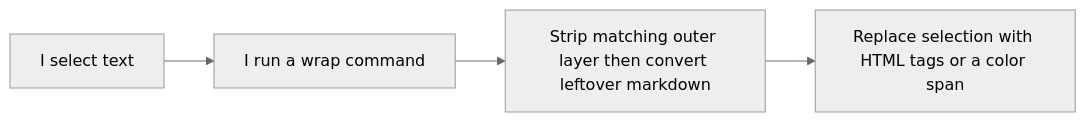
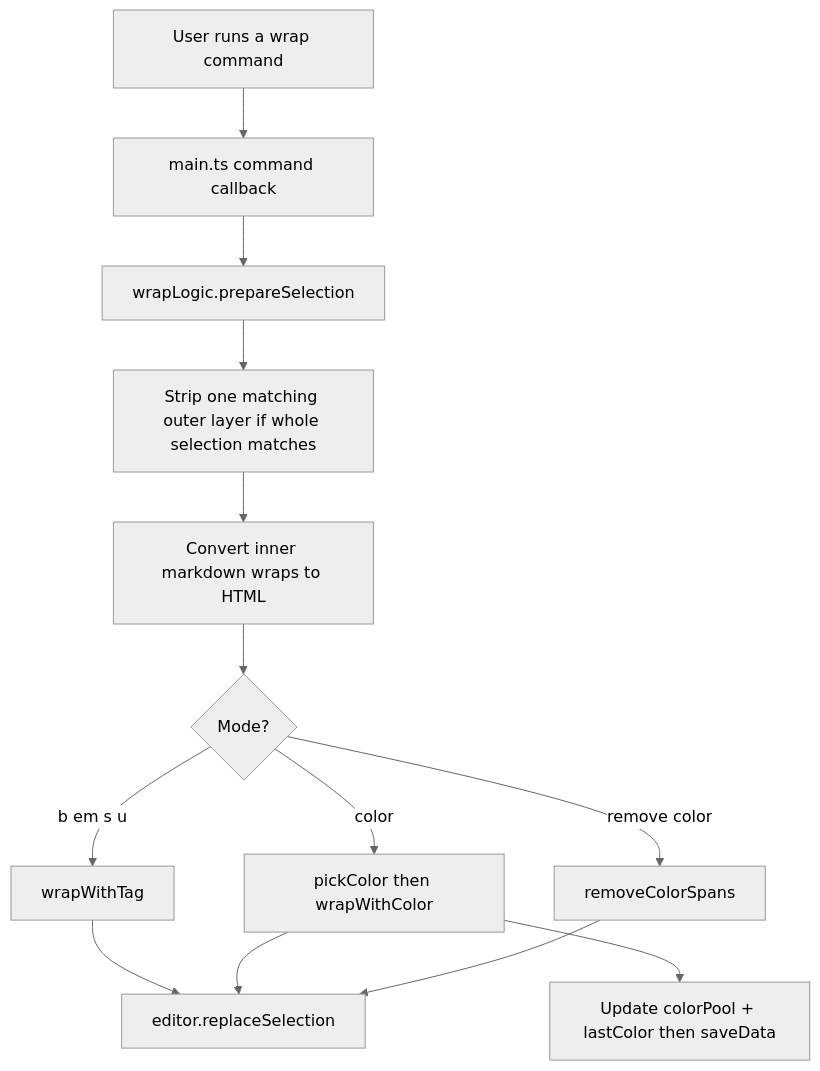
One commit to jdserenity/obs-wrap-with changed the first of 3 diagrams in scaffold/CODEMAP-HUMAN.md. Above: the diagram before and after it, drawn with Mermaid (neutral theme). The commit also changed other lines of this file, not shown here.

First line of the commit message:
Rewrite the maintainer map around files, flows, and state.

````diff
--- a/scaffold/CODEMAP-HUMAN.md
+++ b/scaffold/CODEMAP-HUMAN.md
@@ -5,6 +30,15 @@
 ```mermaid
-flowchart LR
-  select[I select text] --> cmd[I run a wrap command]
-  cmd --> prep[Strip matching outer layer then convert leftover markdown]
-  prep --> out[Replace selection with HTML tags or a color span]
+flowchart TD
+  user[User runs a wrap command] --> main[main.ts command callback]
+  main --> prep[wrapLogic.prepareSelection]
+  prep --> strip[Strip one matching outer layer if whole selection matches]
+  strip --> md[Convert inner markdown wraps to HTML]
+  md --> wrap{Mode?}
+  wrap -->|b em s u| tag[wrapWithTag]
+  wrap -->|color| pick[pickColor then wrapWithColor]
+  wrap -->|remove color| rem[removeColorSpans]
+  tag --> ed[editor.replaceSelection]
+  pick --> ed
+  rem --> ed
+  pick --> save[Update colorPool + lastColor then saveData]
 ```
````
